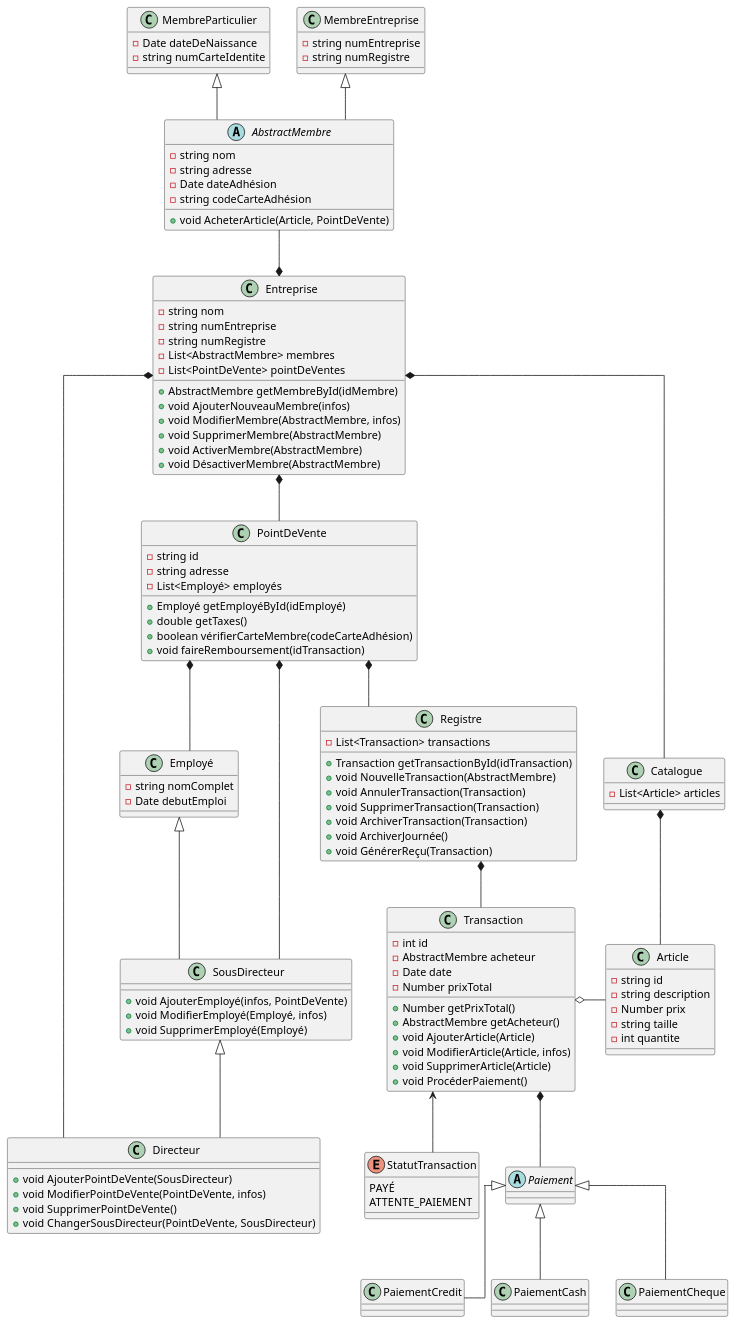
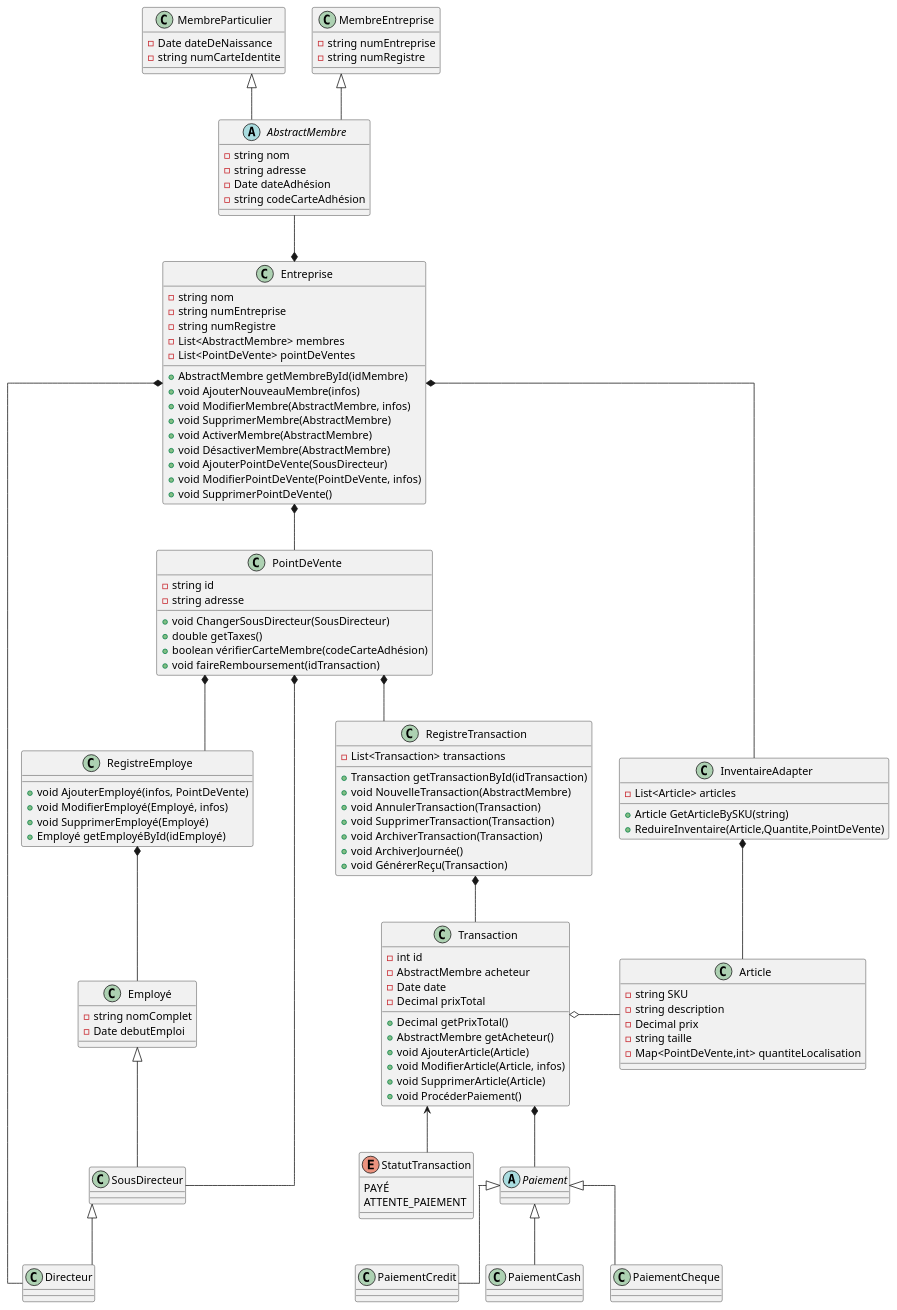
Before and after one commit to SamBolduc/INF1011-TP2: the diagram in diagram.puml, drawn with PlantUML. The commit also changed other lines of this file, not shown here.

Commit message:
DEMOCRATIE

```diff
--- a/diagram.puml
+++ b/diagram.puml
@@ -1,138 +1,146 @@
 @startuml
 
 skinparam linetype ortho
 
 abstract class AbstractMembre {
 - string nom
 - string adresse
 - Date dateAdhésion
 - string codeCarteAdhésion
-+ void AcheterArticle(Article, PointDeVente)
 }
 
 class MembreParticulier {
 - Date dateDeNaissance
 - string numCarteIdentite
 }
 
 class MembreEntreprise {
 - string numEntreprise
 - string numRegistre
 }
 
+class RegistreEmploye{
+  + void AjouterEmployé(infos, PointDeVente)
+  + void ModifierEmployé(Employé, infos)
+  + void SupprimerEmployé(Employé)
+  + Employé getEmployéById(idEmployé)
+}
+
+
 class Employé {
 - string nomComplet
 - Date debutEmploi
 }
 
 class SousDirecteur {
-+ void AjouterEmployé(infos, PointDeVente)
-+ void ModifierEmployé(Employé, infos)
-+ void SupprimerEmployé(Employé)
+
 }
 
 class Directeur {
-+ void AjouterPointDeVente(SousDirecteur)
-+ void ModifierPointDeVente(PointDeVente, infos)
-+ void SupprimerPointDeVente()
-+ void ChangerSousDirecteur(PointDeVente, SousDirecteur)
+
 }
 
 class Transaction {
 - int id
 - AbstractMembre acheteur
 - Date date
-- Number prixTotal
-+ Number getPrixTotal()
+- Decimal prixTotal
++ Decimal getPrixTotal()
 + AbstractMembre getAcheteur()
 + void AjouterArticle(Article)
 + void ModifierArticle(Article, infos)
 + void SupprimerArticle(Article)
 + void ProcéderPaiement()
 }
 
 class Article {
-- string id
-- string description
-- Number prix
-- string taille
-- int quantite
+  - string SKU
+  - string description
+  - Decimal prix
+  - string taille
+  - Map<PointDeVente,int> quantiteLocalisation
 }
 
-class Registre {
+class RegistreTransaction {
 - List<Transaction> transactions
 + Transaction getTransactionById(idTransaction)
 + void NouvelleTransaction(AbstractMembre)
 + void AnnulerTransaction(Transaction)
 + void SupprimerTransaction(Transaction)
 + void ArchiverTransaction(Transaction)
 + void ArchiverJournée()
 + void GénérerReçu(Transaction)
 }
 
 enum StatutTransaction{
 PAYÉ
 ATTENTE_PAIEMENT
 }
 
 class Entreprise {
 - string nom
 - string numEntreprise
 - string numRegistre
 - List<AbstractMembre> membres
 - List<PointDeVente> pointDeVentes
 + AbstractMembre getMembreById(idMembre)
 + void AjouterNouveauMembre(infos)
 + void ModifierMembre(AbstractMembre, infos)
 + void SupprimerMembre(AbstractMembre)
 + void ActiverMembre(AbstractMembre)
 + void DésactiverMembre(AbstractMembre)
++ void AjouterPointDeVente(SousDirecteur)
++ void ModifierPointDeVente(PointDeVente, infos)
++ void SupprimerPointDeVente()
+
 }
 
 class PointDeVente {
-- string id
-- string adresse
-- List<Employé> employés
-+ Employé getEmployéById(idEmployé)
-+ double getTaxes()
-+ boolean vérifierCarteMembre(codeCarteAdhésion)
-+ void faireRemboursement(idTransaction)
+  - string id
+  - string adresse
+  + void ChangerSousDirecteur(SousDirecteur)
+  + double getTaxes()
+  + boolean vérifierCarteMembre(codeCarteAdhésion)
+  + void faireRemboursement(idTransaction)
 }
 
-class Catalogue {
-- List<Article> articles
+class InventaireAdapter {
+  -List<Article> articles
+  +Article GetArticleBySKU(string)
+  +ReduireInventaire(Article,Quantite,PointDeVente)
 }
 
 abstract class Paiement {}
 
 class PaiementCredit {}
 
 class PaiementCash {}
 
 class PaiementCheque {}
 
 Employé <|-- SousDirecteur
 SousDirecteur <|-- Directeur
 
 Paiement <|-- PaiementCredit
 Paiement <|-- PaiementCash
 Paiement <|-- PaiementCheque
 
 Entreprise *-- PointDeVente
-Entreprise *--- Catalogue
-Catalogue *-- Article
+PointDeVente *-- RegistreEmploye
+Entreprise *--- InventaireAdapter
+InventaireAdapter *-- Article
 Entreprise *-- Directeur
 PointDeVente *-- SousDirecteur
-PointDeVente *-- Employé
-PointDeVente *-- Registre
+RegistreEmploye *-- Employé
+PointDeVente *-- RegistreTransaction
 
-Registre *-- Transaction
+RegistreTransaction *-- Transaction
 Transaction <-- StatutTransaction
 Transaction *-- Paiement
 Transaction o- Article
 
 AbstractMembre --* Entreprise
 MembreParticulier<|-- AbstractMembre
 MembreEntreprise <|-- AbstractMembre
 
 @enduml
```
